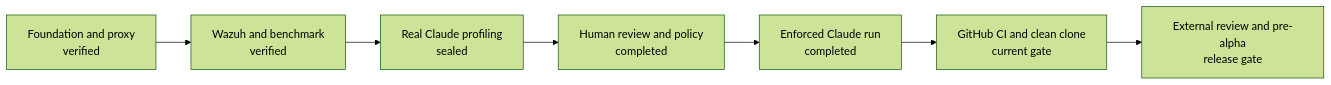
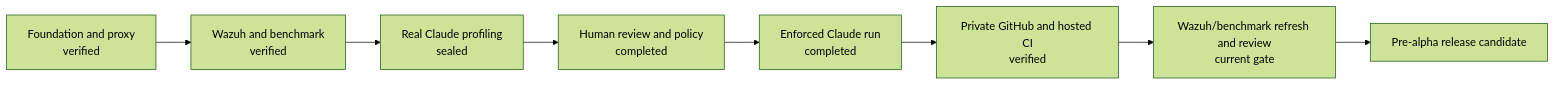
The third of 3 diagrams in docs/project-explained.md (Ylyass/mcp-privilege-profiler), drawn with Mermaid (forest theme) before and after one commit. The commit also changed other lines of this file and 7 other files, not shown here.

````diff
--- a/docs/project-explained.md
+++ b/docs/project-explained.md
@@ -163,9 +166,10 @@
 ```mermaid
 flowchart LR
     A["Foundation and proxy<br/>verified"] --> B["Wazuh and benchmark<br/>verified"]
     B --> C["Real Claude profiling<br/>sealed"]
     C --> D["Human review and policy<br/>completed"]
     D --> E["Enforced Claude run<br/>completed"]
-    E --> F["GitHub CI and clean clone<br/>current gate"]
-    F --> G["External review and pre-alpha<br/>release gate"]
+    E --> F["Private GitHub and hosted CI<br/>verified"]
+    F --> G["Wazuh/benchmark refresh and review<br/>current gate"]
+    G --> H["Pre-alpha release candidate"]
 ```
````
